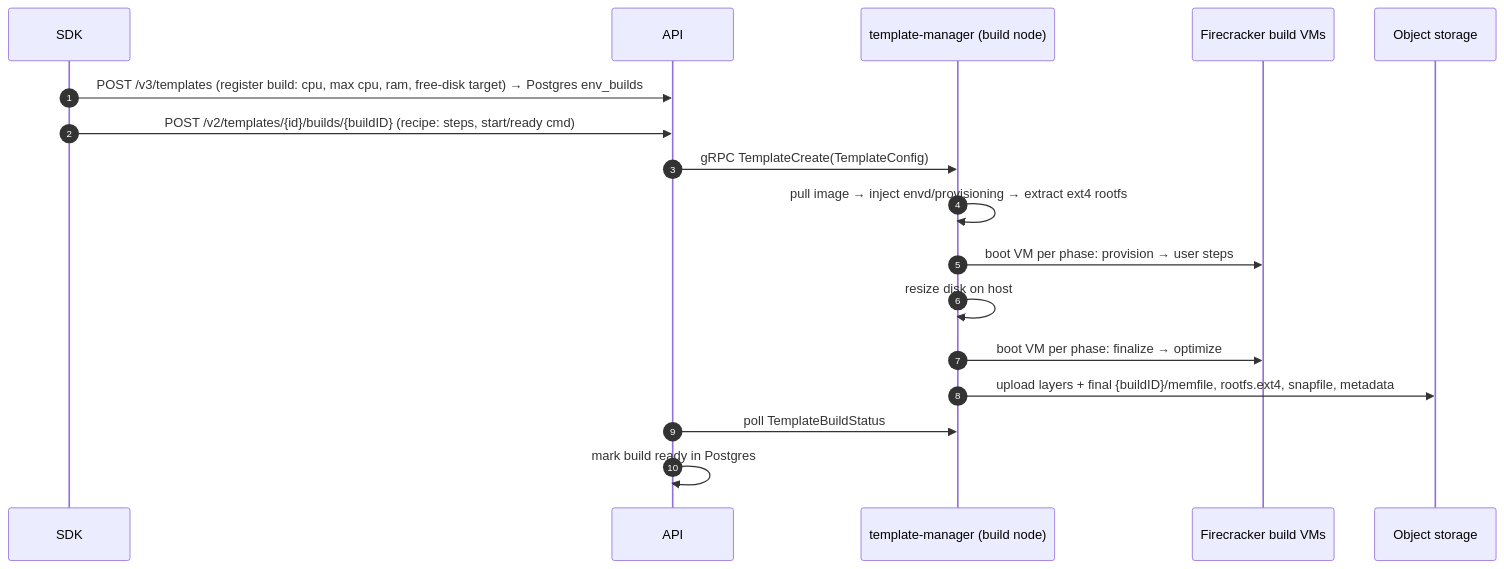
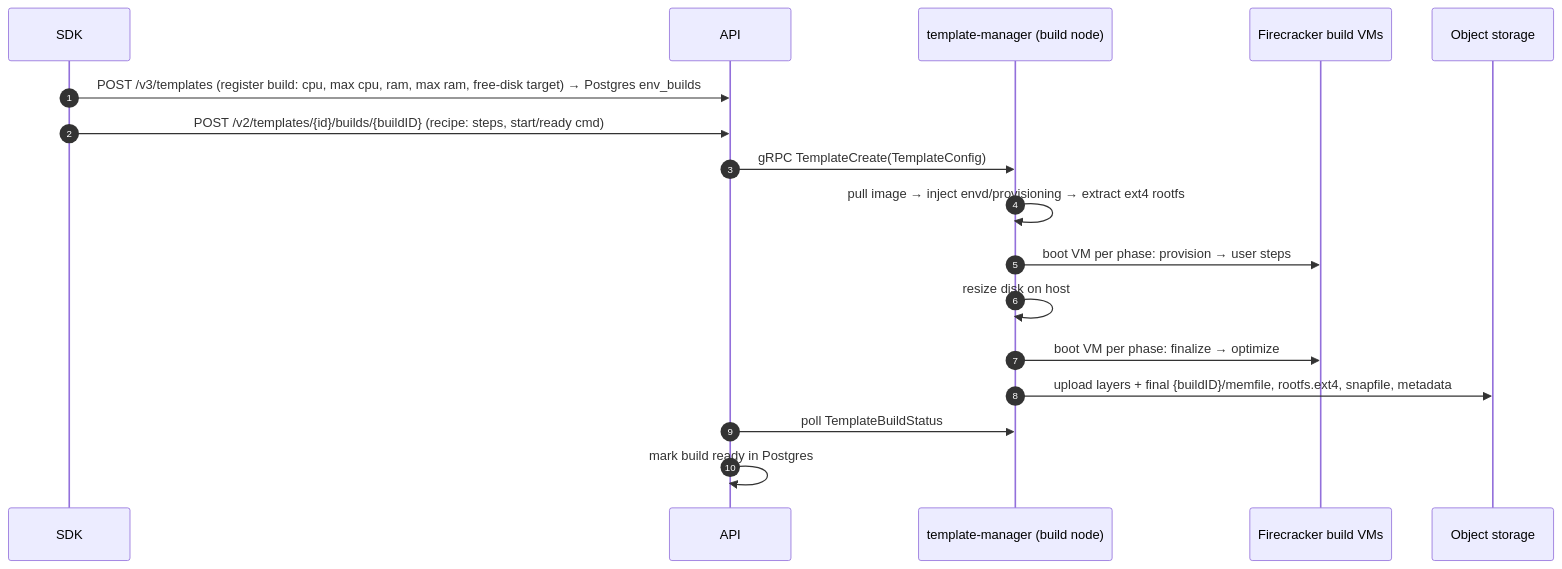
The fifth of 6 diagrams in docs/ARCHITECTURE.md (e2b-dev/runtime), drawn with Mermaid before and after one commit. The commit also changed other lines of this file and 57 other files, not shown here.

Commit message:
feat(api): let a template build name a memory maximum

````diff
--- a/docs/ARCHITECTURE.md
+++ b/docs/ARCHITECTURE.md
@@ -1387,20 +1387,20 @@
 ```mermaid
 sequenceDiagram
     autonumber
     participant C as SDK
     participant API as API
     participant TM as template-manager (build node)
     participant FC as Firecracker build VMs
     participant OS as Object storage
 
-    C->>API: POST /v3/templates (register build: cpu, max cpu, ram, free-disk target) → Postgres env_builds
+    C->>API: POST /v3/templates (register build: cpu, max cpu, ram, max ram, free-disk target) → Postgres env_builds
     C->>API: POST /v2/templates/{id}/builds/{buildID} (recipe: steps, start/ready cmd)
     API->>TM: gRPC TemplateCreate(TemplateConfig)
     TM->>TM: pull image → inject envd/provisioning → extract ext4 rootfs
     TM->>FC: boot VM per phase: provision → user steps
     TM->>TM: resize disk on host
     TM->>FC: boot VM per phase: finalize → optimize
     TM->>OS: upload layers + final {buildID}/memfile, rootfs.ext4, snapfile, metadata
     API->>TM: poll TemplateBuildStatus
     API->>API: mark build ready in Postgres
 ```
````
